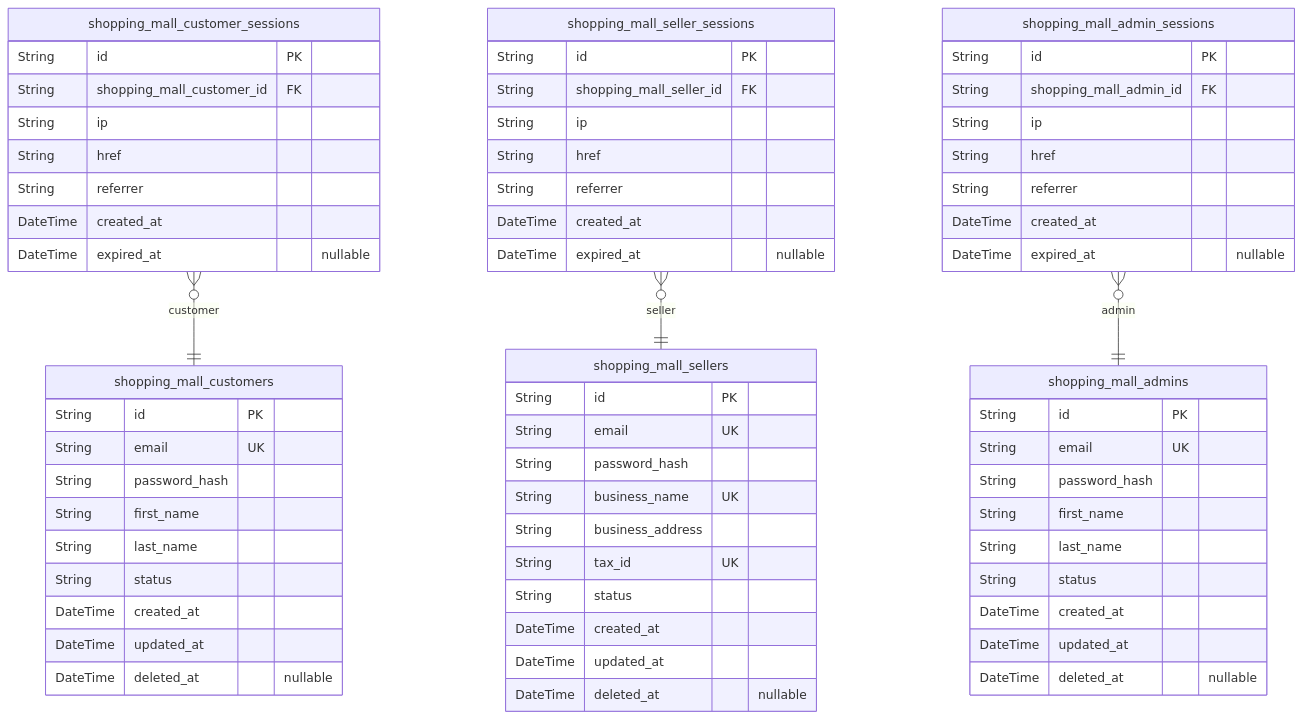
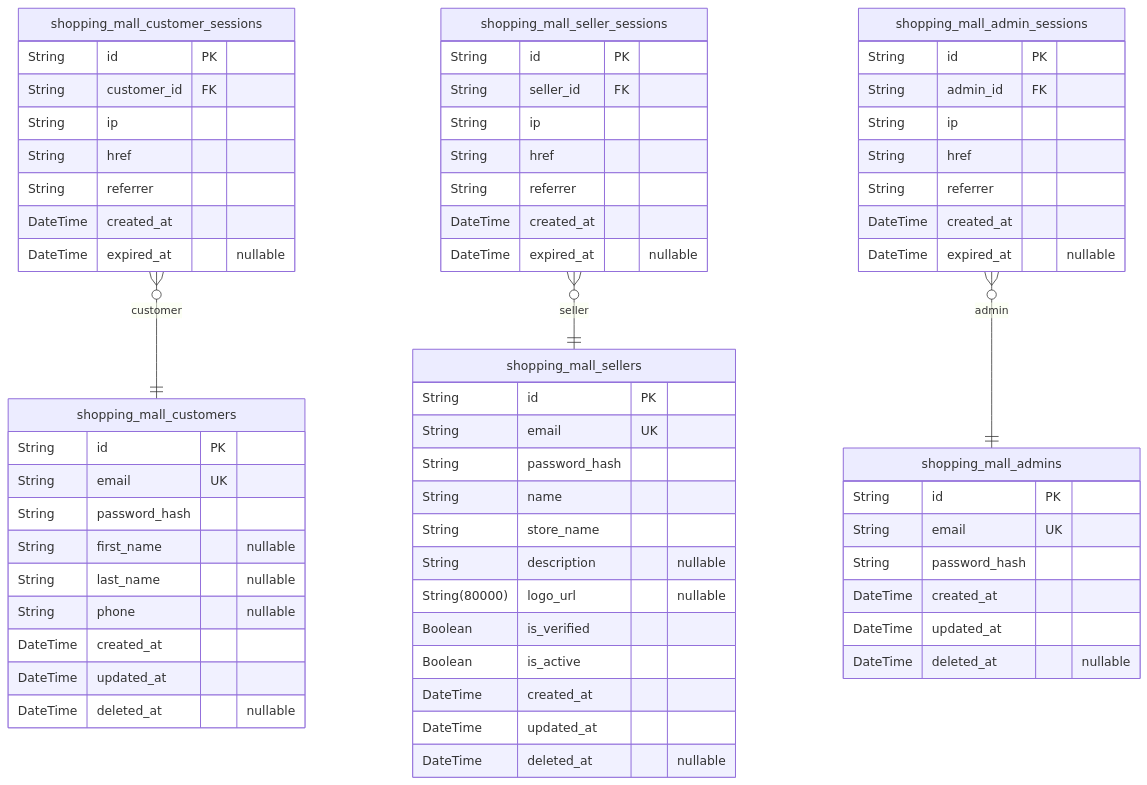
The second of 11 diagrams in qwen/qwen3-next-80b-a3b-instruct/shopping/docs/ERD.md (wrtnlabs/autobe-examples), drawn with Mermaid before and after one commit. The commit also changed other lines of this file and 6988 other files, not shown here.

````diff
--- a/qwen/qwen3-next-80b-a3b-instruct/shopping/docs/ERD.md
+++ b/qwen/qwen3-next-80b-a3b-instruct/shopping/docs/ERD.md
@@ -296,67 +177,66 @@
 ```mermaid
 erDiagram
 "shopping_mall_customers" {
   String id PK
   String email UK
   String password_hash
-  String first_name
-  String last_name
-  String status
+  String first_name "nullable"
+  String last_name "nullable"
+  String phone "nullable"
+  DateTime created_at
+  DateTime updated_at
+  DateTime deleted_at "nullable"
+}
+"shopping_mall_sellers" {
+  String id PK
+  String email UK
+  String password_hash
+  String name
+  String store_name
+  String description "nullable"
+  String(80000) logo_url "nullable"
+  Boolean is_verified
+  Boolean is_active
+  DateTime created_at
+  DateTime updated_at
+  DateTime deleted_at "nullable"
+}
+"shopping_mall_admins" {
+  String id PK
+  String email UK
+  String password_hash
   DateTime created_at
   DateTime updated_at
   DateTime deleted_at "nullable"
 }
 "shopping_mall_customer_sessions" {
   String id PK
-  String shopping_mall_customer_id FK
+  String customer_id FK
   String ip
   String href
   String referrer
   DateTime created_at
   DateTime expired_at "nullable"
 }
-"shopping_mall_sellers" {
-  String id PK
-  String email UK
-  String password_hash
-  String business_name UK
-  String business_address
-  String tax_id UK
-  String status
-  DateTime created_at
-  DateTime updated_at
-  DateTime deleted_at "nullable"
-}
 "shopping_mall_seller_sessions" {
   String id PK
-  String shopping_mall_seller_id FK
+  String seller_id FK
   String ip
   String href
   String referrer
   DateTime created_at
   DateTime expired_at "nullable"
 }
-"shopping_mall_admins" {
-  String id PK
-  String email UK
-  String password_hash
-  String first_name
-  String last_name
-  String status
-  DateTime created_at
-  DateTime updated_at
-  DateTime deleted_at "nullable"
-}
 "shopping_mall_admin_sessions" {
   String id PK
-  String shopping_mall_admin_id FK
+  String admin_id FK
   String ip
   String href
   String referrer
   DateTime created_at
   DateTime expired_at "nullable"
 }
 "shopping_mall_customer_sessions" }o--|| "shopping_mall_customers" : customer
 "shopping_mall_seller_sessions" }o--|| "shopping_mall_sellers" : seller
 "shopping_mall_admin_sessions" }o--|| "shopping_mall_admins" : admin
 ```
````
